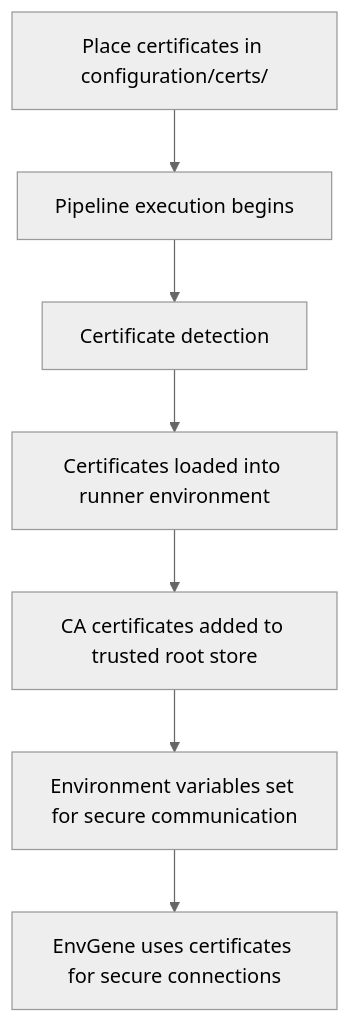
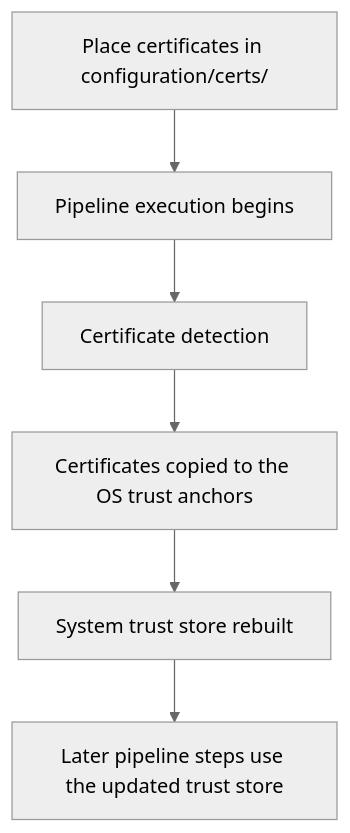
One commit to Netcracker/qubership-envgene changed the diagram in docs/features/system-certificate.md. Above: the diagram before and after it, drawn with Mermaid (neutral theme). The commit also changed other lines of this file and 3 other files, not shown here.

````diff
--- a/docs/features/system-certificate.md
+++ b/docs/features/system-certificate.md
@@ -56,9 +47,8 @@
 ```mermaid
 flowchart TD
     A[Place certificates in configuration/certs/] --> B[Pipeline execution begins]
     B --> C[Certificate detection]
-    C --> D[Certificates loaded into runner environment]
-    D --> E[CA certificates added to trusted root store]
-    E --> F[Environment variables set for secure communication]
-    F --> G[EnvGene uses certificates for secure connections]
+    C --> D[Certificates copied to the OS trust anchors]
+    D --> E[System trust store rebuilt]
+    E --> F[Later pipeline steps use the updated trust store]
 ```
````
